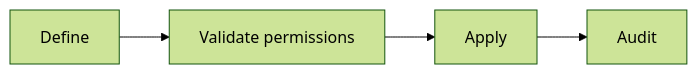
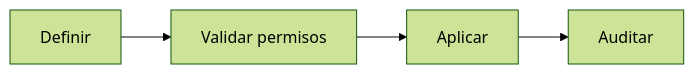
Before and after one commit to antoniojesusdelgado/management-platform-demo: diagram 12 of 13 in docs/PROCESS-MAPS.md, drawn with Mermaid (forest theme). The commit also changed other lines of this file and 63 other files, not shown here.

````diff
--- a/docs/PROCESS-MAPS.md
+++ b/docs/PROCESS-MAPS.md
@@ -133,4 +133,4 @@
 ```mermaid
 flowchart LR
-  Define --> ValidatePermissions["Validate permissions"] --> Apply --> Audit
+  Definir --> ValidarPermisos["Validar permisos"] --> Aplicar --> Auditar
 ```
````
